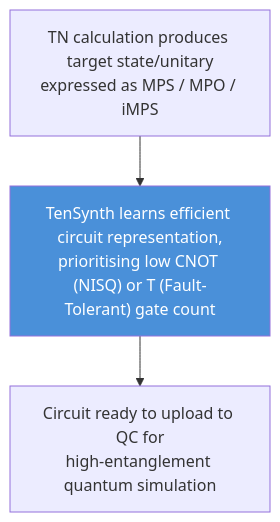
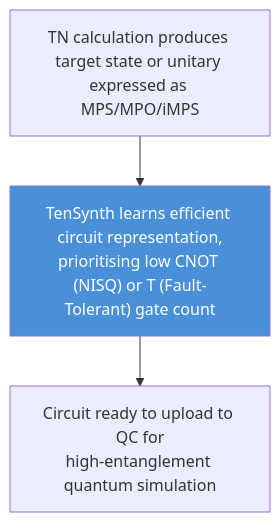
The diagram in README.md (GibbsJR/TenSynth), drawn with Mermaid before and after one commit.

Commit message:
Simplify first mermaid box to single line

````diff
--- a/README.md
+++ b/README.md
@@ -9,7 +9,7 @@
 ```mermaid
 graph TD
-    A["TN calculation produces target state/unitary<br/>expressed as MPS / MPO / iMPS"]
+    A["TN calculation produces target state or unitary expressed as MPS/MPO/iMPS"]
     A --> B["TenSynth learns efficient circuit representation,<br/>prioritising low CNOT (NISQ) or T (Fault-Tolerant) gate count"]
     B --> C["Circuit ready to upload to QC for<br/>high-entanglement quantum simulation"]
     style B fill:#4a90d9,color:#fff
 ```
````
